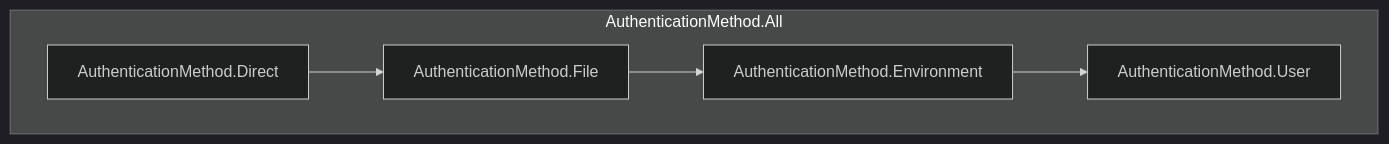
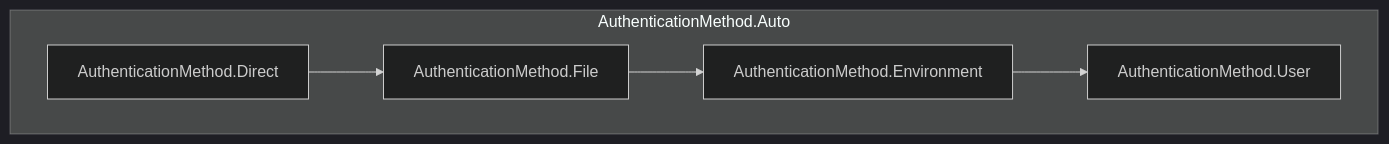
The diagram in KaggleAPI.Docs/docs/authentication.md (PetterPet01/KaggleAPI-NET), drawn with Mermaid (dark theme) before and after one commit. The commit also changed other lines of this file and 3 other files, not shown here.

````diff
--- a/KaggleAPI.Docs/docs/authentication.md
+++ b/KaggleAPI.Docs/docs/authentication.md
@@ -12,8 +12,8 @@
 ```mermaid
 flowchart TD
-    subgraph E[AuthenticationMethod.All]
+    subgraph E[AuthenticationMethod.Auto]
     A[AuthenticationMethod.Direct]-->B[AuthenticationMethod.File];
     B-->C[AuthenticationMethod.Environment];
     C-->D[AuthenticationMethod.User];
     end
 ```
````
